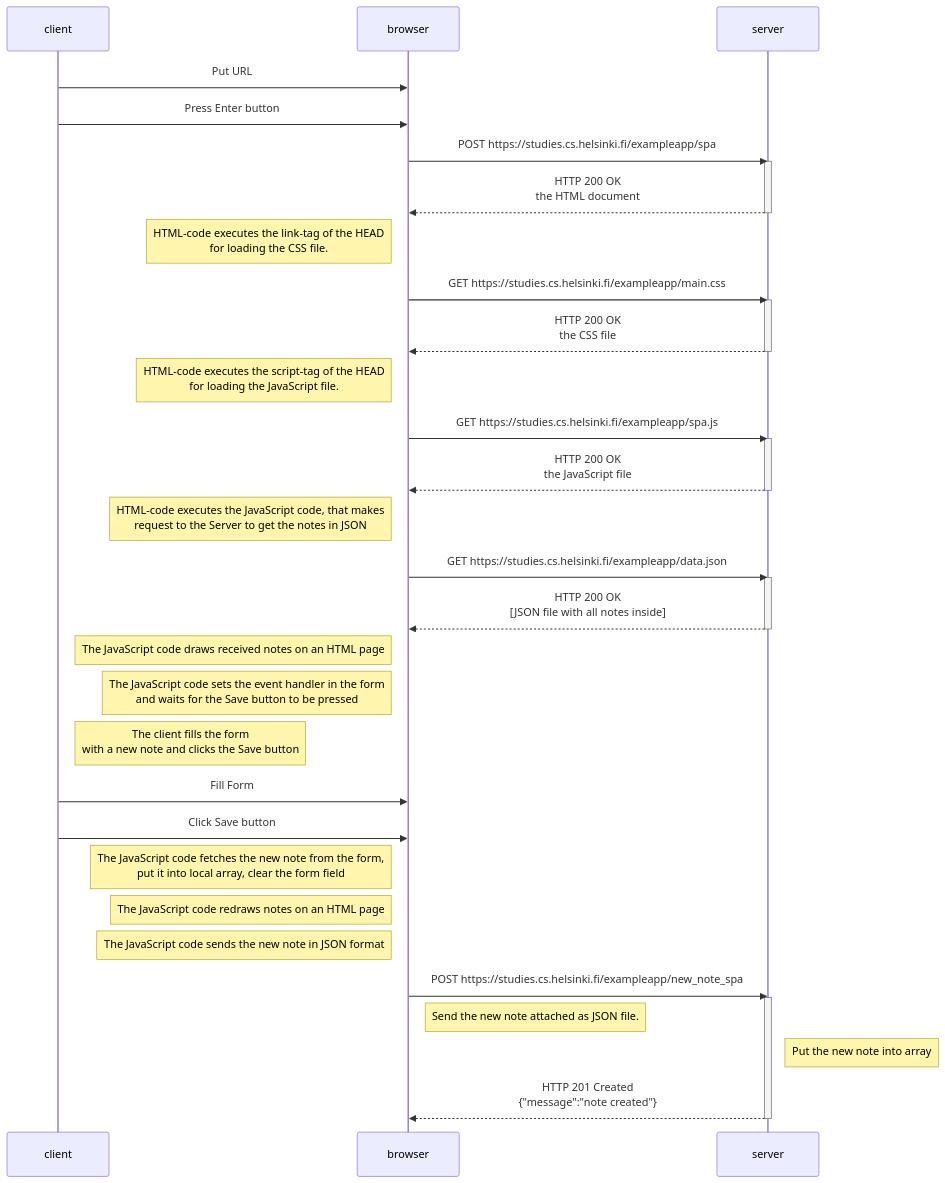
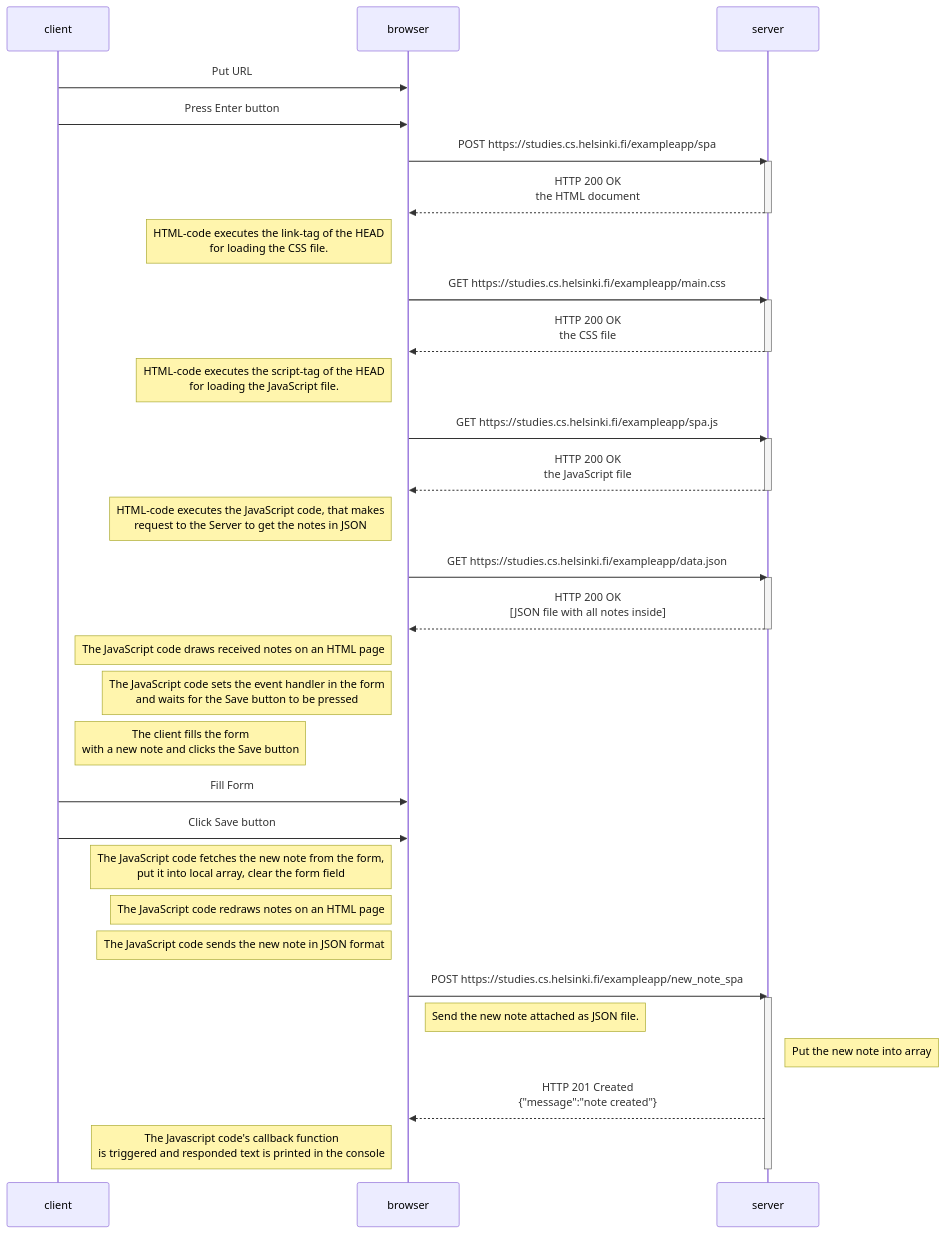
One commit to VadimZubchenko/fullstack-open-tehtavat changed the diagram in osa0/Single_Page_App/README.md. Above: the diagram before and after it, drawn with Mermaid.

````diff
--- a/osa0/Single_Page_App/README.md
+++ b/osa0/Single_Page_App/README.md
@@ -1,48 +1,49 @@
 ```mermaid
 sequenceDiagram
     participant client
     participant browser
     participant server
     
     client->>browser: Put URL 
     client->>browser: Press Enter button
     browser->>server: POST https://studies.cs.helsinki.fi/exampleapp/spa
     activate server
     server-->>browser: HTTP 200 OK<br/>the HTML document
     deactivate server
 
     Note left of browser: HTML-code executes the link-tag of the HEAD<br/>for loading the CSS file.
     browser->>server: GET https://studies.cs.helsinki.fi/exampleapp/main.css
     activate server
     server-->>browser: HTTP 200 OK<br/>the CSS file
     deactivate server
 
     Note left of browser: HTML-code executes the script-tag of the HEAD<br/>for loading the JavaScript file.
     browser->>server: GET https://studies.cs.helsinki.fi/exampleapp/spa.js
     activate server
     server-->>browser: HTTP 200 OK<br/>the JavaScript file
     deactivate server
 
     Note left of browser: HTML-code executes the JavaScript code, that makes<br/>request to the Server to get the notes in JSON 
     browser->>server: GET https://studies.cs.helsinki.fi/exampleapp/data.json
     activate server
     server-->>browser: HTTP 200 OK<br/>[JSON file with all notes inside]
     deactivate server
 
     Note left of browser: The JavaScript code draws received notes on an HTML page 
     Note left of browser: The JavaScript code sets the event handler in the form<br/>and waits for the Save button to be pressed 
     Note right of client: The client fills the form<br/>with a new note and clicks the Save button 
     
     client->>browser: Fill Form
     client->>browser: Click Save button
     Note left of browser: The JavaScript code fetches the new note from the form,<br/>put it into local array, clear the form field
     Note left of browser: The JavaScript code redraws notes on an HTML page 
     Note left of browser: The JavaScript code sends the new note in JSON format
     browser->>server: POST https://studies.cs.helsinki.fi/exampleapp/new_note_spa
     activate server
     Note right of browser: Send the new note attached as JSON file.
     Note right of server: Put the new note into array
     server-->>browser: HTTP 201 Created<br/>{"message":"note created"}
+    Note left of browser:  The Javascript code's callback function<br/>is triggered and responded text is printed in the console
     deactivate server    
 
 ```
````
